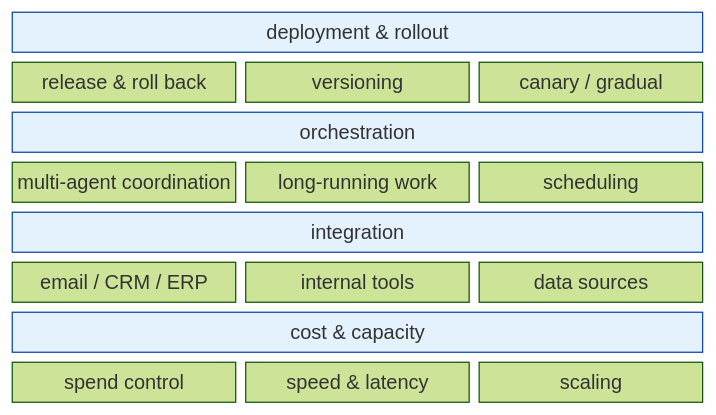
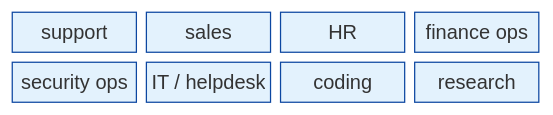
Before and after one commit to michaelatamuk/agentic-desk: the first of 5 diagrams in docs-michael/agentic-stack-vertical.md, drawn with Mermaid (forest theme). The commit also changed other lines of this file, not shown here.

````diff
--- a/docs-michael/agentic-stack-vertical.md
+++ b/docs-michael/agentic-stack-vertical.md
@@ -61,16 +17,14 @@
 ```mermaid
 block-beta
-  columns 3
-  C1["deployment & rollout"]:3
-  c1["release & roll back"] c2["versioning"] c3["canary / gradual"]
-  C2["orchestration"]:3
-  c4["multi-agent coordination"] c5["long-running work"] c6["scheduling"]
-  C3["integration"]:3
-  c7["email / CRM / ERP"] c8["internal tools"] c9["data sources"]
-  C4["cost & capacity"]:3
-  c10["spend control"] c11["speed & latency"] c12["scaling"]
-  style C1 fill:#e3f2fd,stroke:#0d47a1,color:#000000
-  style C2 fill:#e3f2fd,stroke:#0d47a1,color:#000000
-  style C3 fill:#e3f2fd,stroke:#0d47a1,color:#000000
-  style C4 fill:#e3f2fd,stroke:#0d47a1,color:#000000
+  columns 4
+  j1["support"] j2["sales"] j3["HR"] j4["finance ops"]
+  j5["security ops"] j6["IT / helpdesk"] j7["coding"] j8["research"]
+  style j1 fill:#e3f2fd,stroke:#0d47a1,color:#000000
+  style j2 fill:#e3f2fd,stroke:#0d47a1,color:#000000
+  style j3 fill:#e3f2fd,stroke:#0d47a1,color:#000000
+  style j4 fill:#e3f2fd,stroke:#0d47a1,color:#000000
+  style j5 fill:#e3f2fd,stroke:#0d47a1,color:#000000
+  style j6 fill:#e3f2fd,stroke:#0d47a1,color:#000000
+  style j7 fill:#e3f2fd,stroke:#0d47a1,color:#000000
+  style j8 fill:#e3f2fd,stroke:#0d47a1,color:#000000
 ```
````
